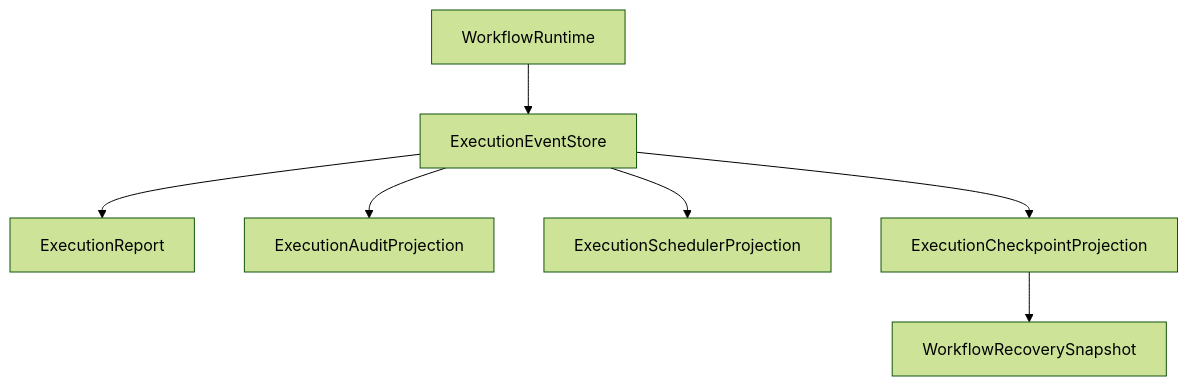
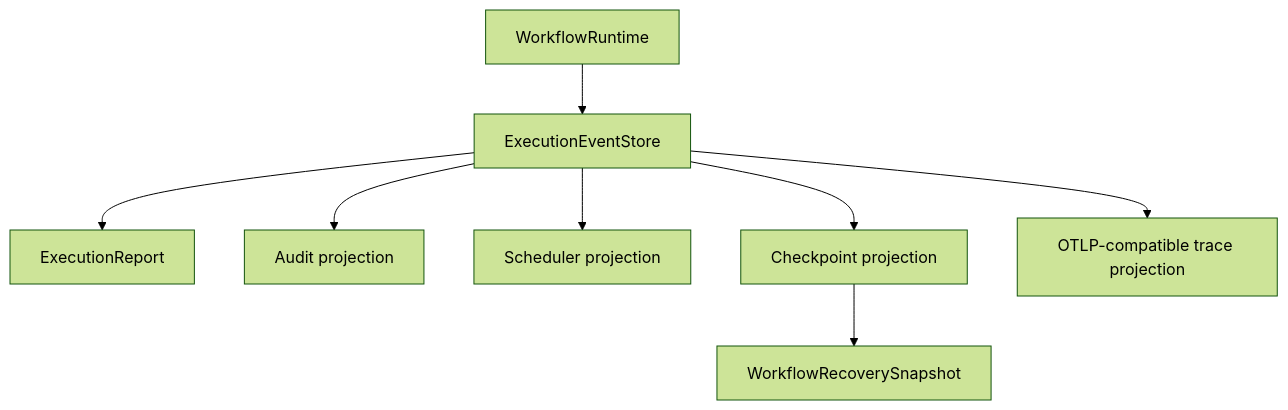
The diagram in docs/reference/user-guide-assurance.zh.md (Zzzode/AHFL), drawn with Mermaid (forest theme) before and after one commit. The commit also changed other lines of this file and 6 other files, not shown here.

````diff
--- a/docs/reference/user-guide-assurance.zh.md
+++ b/docs/reference/user-guide-assurance.zh.md
@@ -138,9 +133,10 @@
 ```mermaid
 flowchart TB
     Runtime[WorkflowRuntime] --> Events[ExecutionEventStore]
     Events --> Report[ExecutionReport]
-    Events --> Audit[ExecutionAuditProjection]
-    Events --> Scheduler[ExecutionSchedulerProjection]
-    Events --> Checkpoint[ExecutionCheckpointProjection]
+    Events --> Audit[Audit projection]
+    Events --> Scheduler[Scheduler projection]
+    Events --> Checkpoint[Checkpoint projection]
     Checkpoint --> Recovery[WorkflowRecoverySnapshot]
+    Events --> OTel[OTLP-compatible trace projection]
 ```
````
